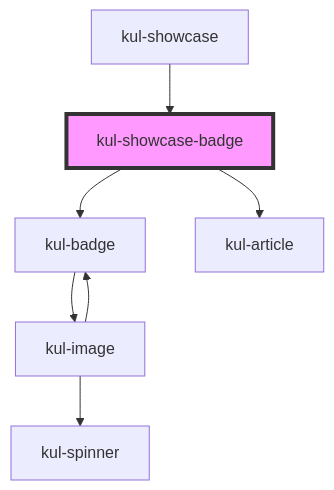
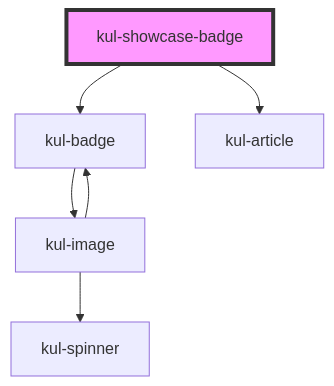
One commit to smeup/ketchup changed the diagram in packages/ketchup-lite/src/components/kul-showcase/components/badge/readme.md. Above: the diagram before and after it, drawn with Mermaid. The commit also changed other lines of this file and 25 other files, not shown here.

````diff
--- a/packages/ketchup-lite/src/components/kul-showcase/components/badge/readme.md
+++ b/packages/ketchup-lite/src/components/kul-showcase/components/badge/readme.md
@@ -30,10 +26,9 @@
 ```mermaid
 graph TD;
   kul-showcase-badge --> kul-badge
   kul-showcase-badge --> kul-article
   kul-badge --> kul-image
   kul-image --> kul-spinner
   kul-image --> kul-badge
-  kul-showcase --> kul-showcase-badge
   style kul-showcase-badge fill:#f9f,stroke:#333,stroke-width:4px
 ```
````
